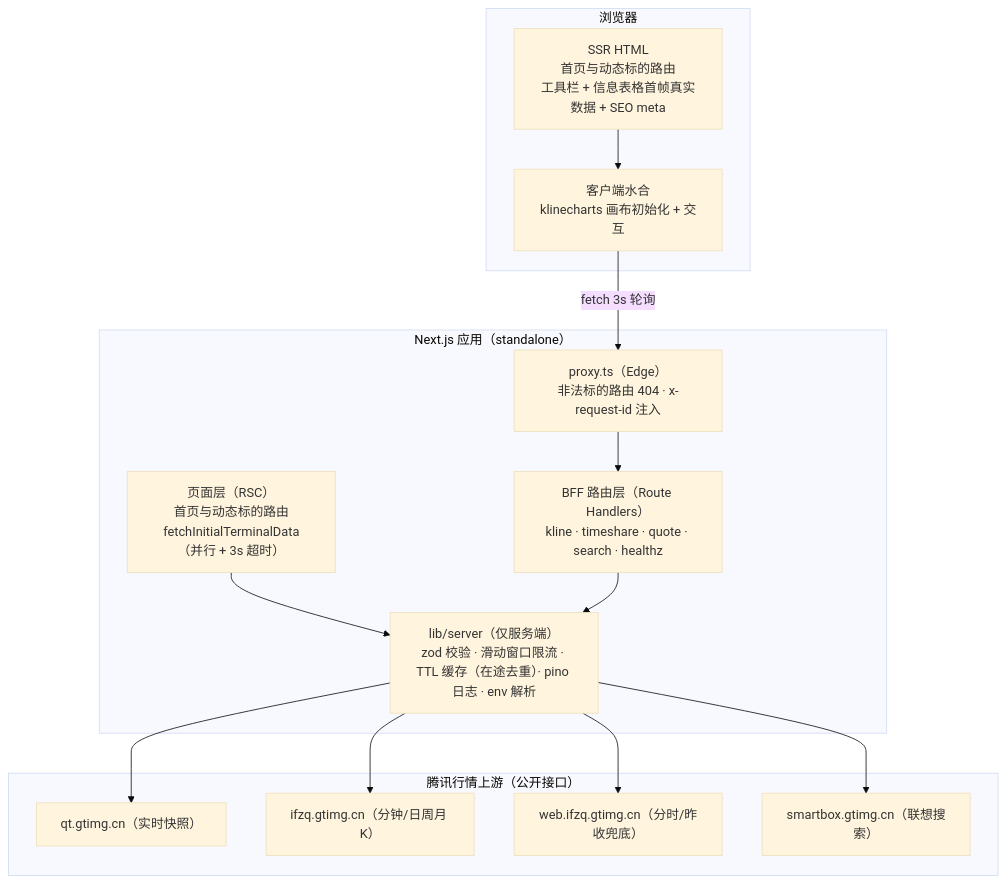
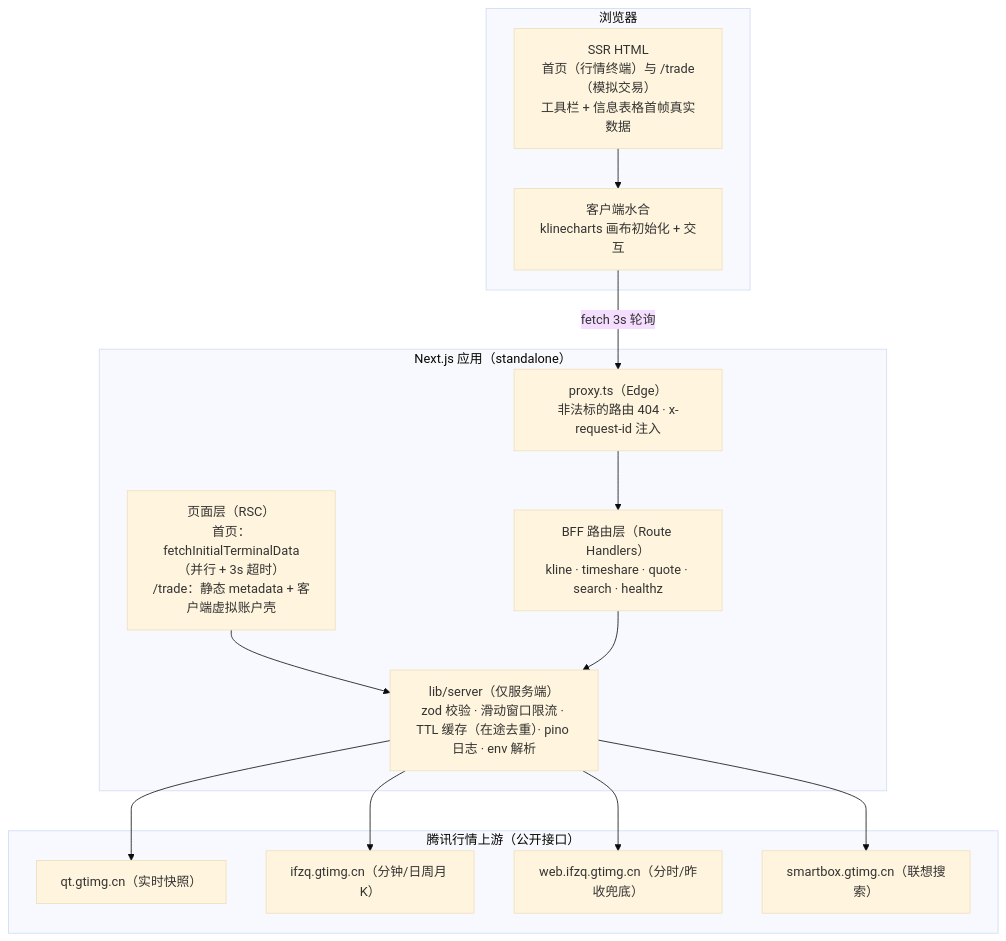
Before and after one commit to jaiden-home/preview-v10: the first of 8 diagrams in docs/ARCHITECTURE.md, drawn with Mermaid (base theme). The commit also changed other lines of this file and 2 other files, not shown here.

First line of the commit message:
docs: add agent guide and project rules, sync architecture doc

````diff
--- a/docs/ARCHITECTURE.md
+++ b/docs/ARCHITECTURE.md
@@ -42,31 +43,31 @@
 ```mermaid
 flowchart TB
     subgraph Browser["浏览器"]
-        HTML["SSR HTML<br/>首页与动态标的路由<br/>工具栏 + 信息表格首帧真实数据 + SEO meta"]
+        HTML["SSR HTML<br/>首页（行情终端）与 /trade（模拟交易）<br/>工具栏 + 信息表格首帧真实数据"]
         HYD["客户端水合<br/>klinecharts 画布初始化 + 交互"]
     end
 
     subgraph NextApp["Next.js 应用（standalone）"]
         MW["proxy.ts（Edge）<br/>非法标的路由 404 · x-request-id 注入"]
-        PAGE["页面层（RSC）<br/>首页与动态标的路由<br/>fetchInitialTerminalData（并行 + 3s 超时）"]
+        PAGE["页面层（RSC）<br/>首页：fetchInitialTerminalData（并行 + 3s 超时）<br/>/trade：静态 metadata + 客户端虚拟账户壳"]
         BFF["BFF 路由层（Route Handlers）<br/>kline · timeshare · quote · search · healthz"]
         SRV["lib/server（仅服务端）<br/>zod 校验 · 滑动窗口限流 · TTL 缓存（在途去重）· pino 日志 · env 解析"]
     end
 
     subgraph Upstream["腾讯行情上游（公开接口）"]
         QT["qt.gtimg.cn（实时快照）"]
         IFZQ["ifzq.gtimg.cn（分钟/日周月 K）"]
         DAY["web.ifzq.gtimg.cn（分时/昨收兜底）"]
         SB["smartbox.gtimg.cn（联想搜索）"]
     end
 
     HTML --> HYD
     HYD -->|fetch 3s 轮询| MW
     MW --> BFF
     PAGE --> SRV
     SRV --> QT
     SRV --> IFZQ
     SRV --> DAY
     SRV --> SB
     BFF --> SRV
 ```
````
